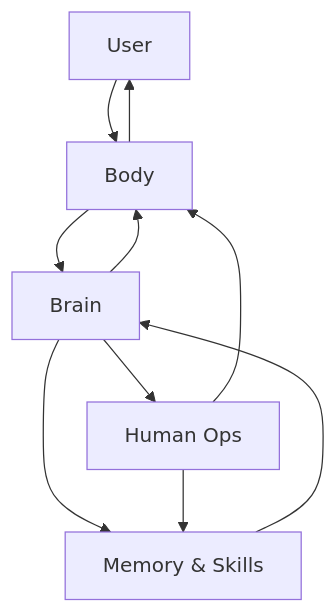
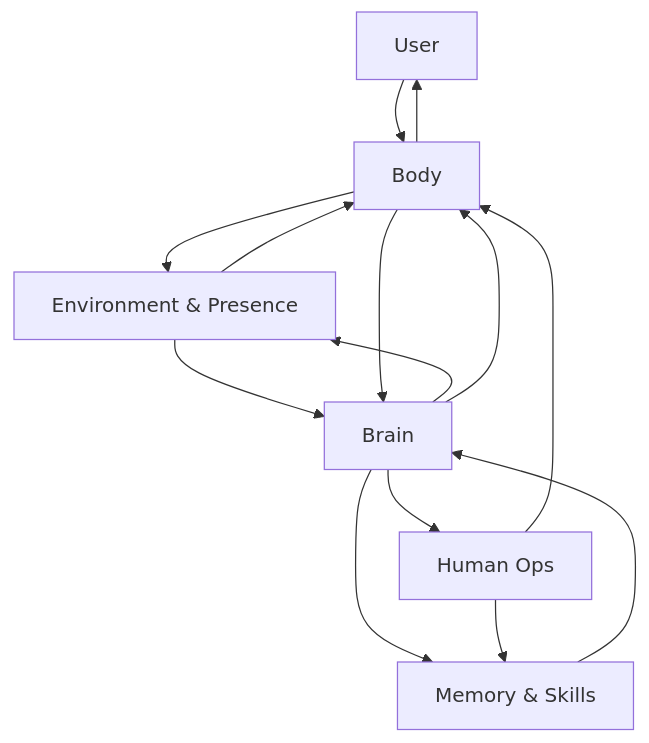
Before and after one commit to pacoman-258/Ipet: the diagram in docs/architecture.md, drawn with Mermaid. The commit also changed other lines of this file and 41 other files, not shown here.

Commit message:
feat: add proactive environment presence

````diff
--- a/docs/architecture.md
+++ b/docs/architecture.md
@@ -18,12 +18,16 @@
 ```mermaid
 flowchart TD
     User[User] --> Body[Body]
+    Body --> Presence[Environment & Presence]
+    Presence --> Brain
+    Brain --> Presence
+    Presence --> Body
     Body --> Brain[Brain]
     Brain --> Body
     Brain --> HumanOps[Human Ops]
     Brain --> MemorySkills[Memory & Skills]
     HumanOps --> Body
     HumanOps --> MemorySkills
     MemorySkills --> Brain
     Body --> User
 ```
````
